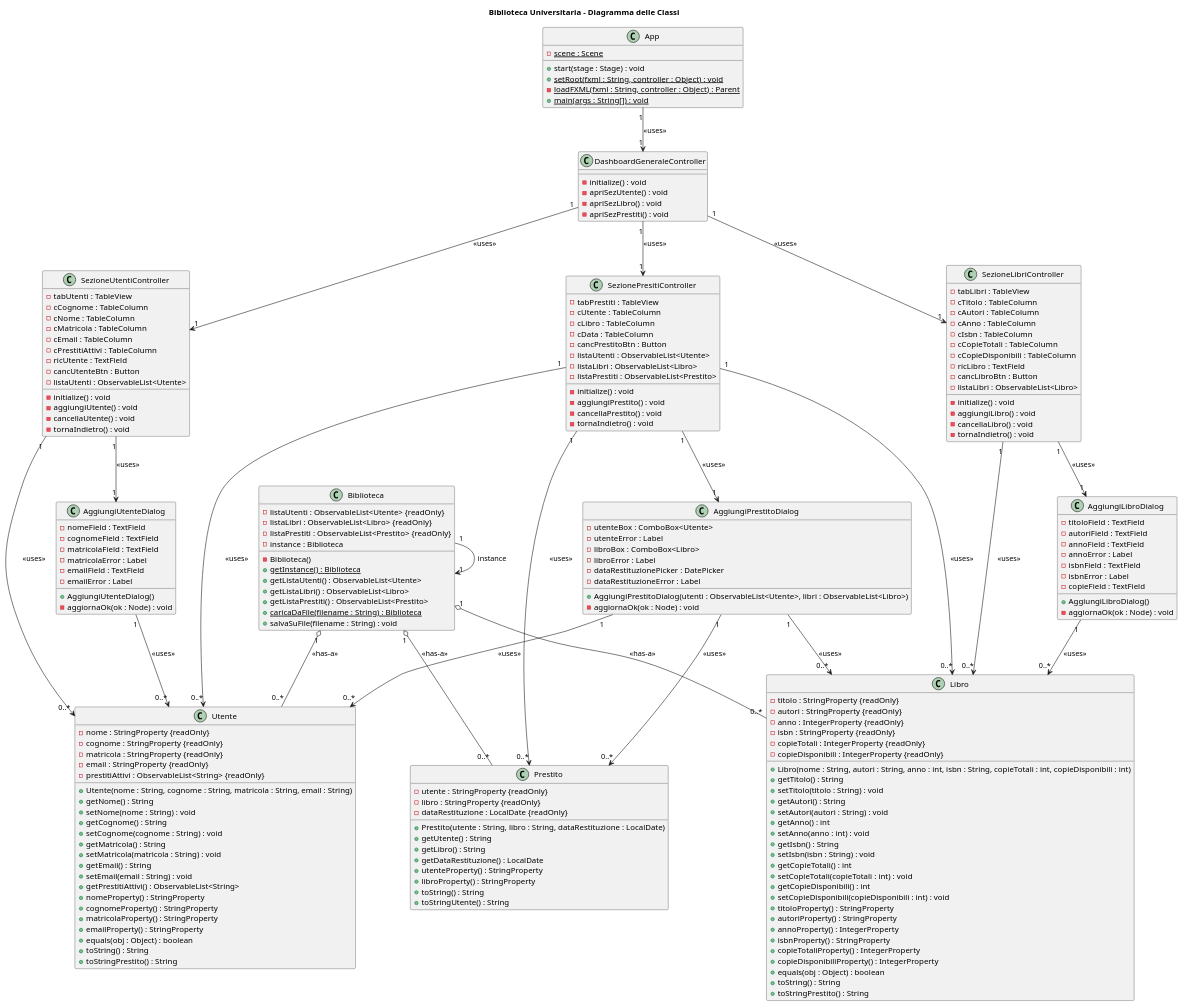
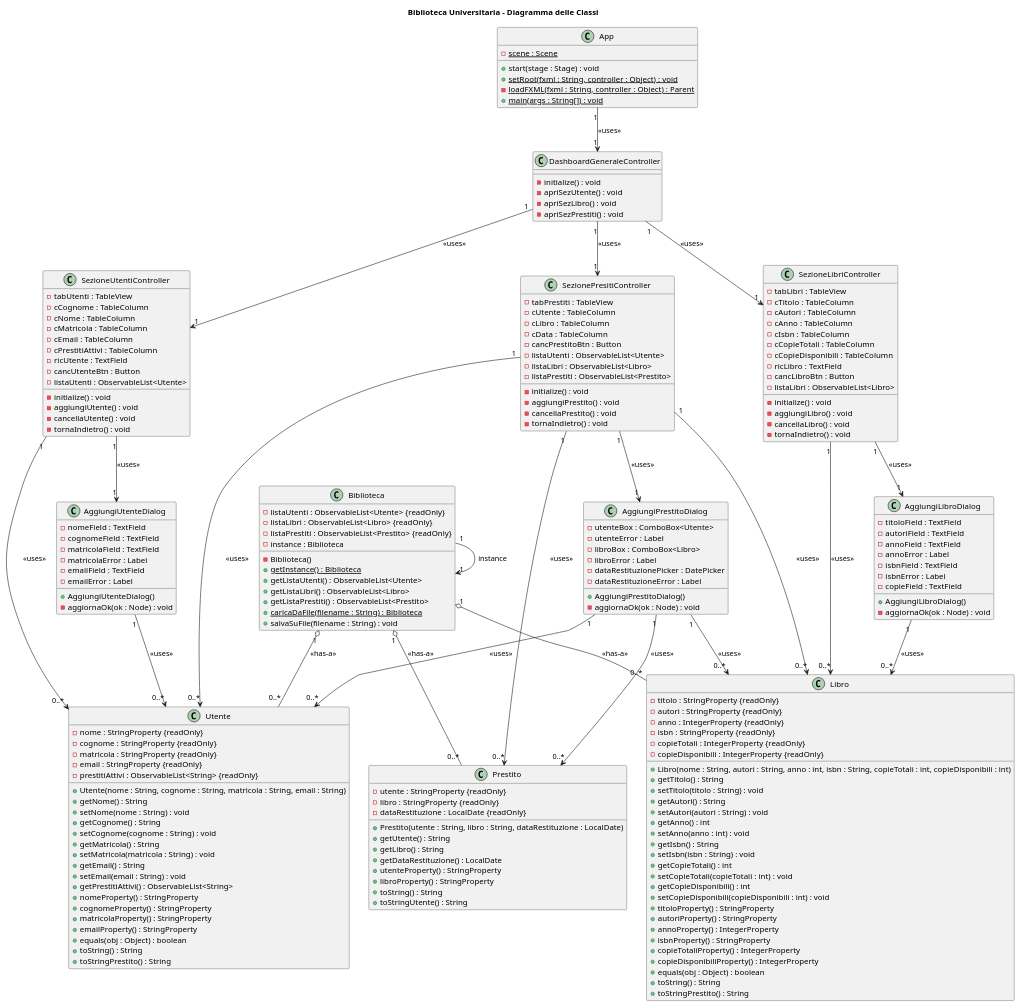
The diagram in Diagramma delle Classi/PlantUML/Diagramma delle Classi.puml (AngeloMastandrea04/SoftEng2025_G19), drawn with PlantUML before and after one commit. The commit also changed 2 other files, not shown here.

Commit message:
Modifica costruttore di AggiungiPrestitoDialog
Rimozione parametri dal costruttore di  AggiungiPrestitoDialog nei diagrammi delle classi EasyUML e PlantUML. Aggiunto .gitignore per escludere la cartella target.

```diff
--- a/Diagramma delle Classi/PlantUML/Diagramma delle Classi.puml
+++ b/Diagramma delle Classi/PlantUML/Diagramma delle Classi.puml
@@ -180,7 +180,7 @@
     - libroError : Label
     - dataRestituzionePicker : DatePicker
     - dataRestituzioneError : Label
-    + AggiungiPrestitoDialog(utenti : ObservableList<Utente>, libri : ObservableList<Libro>)
+    + AggiungiPrestitoDialog()
     - aggiornaOk(ok : Node) : void
 }
 
```
